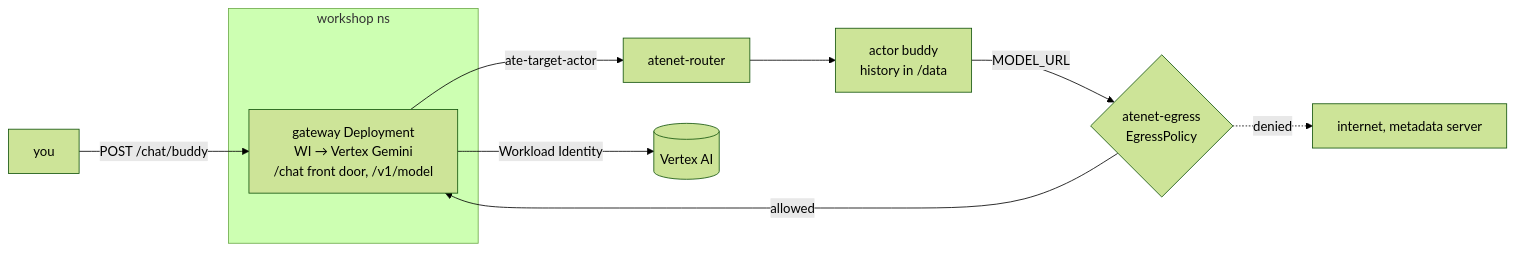
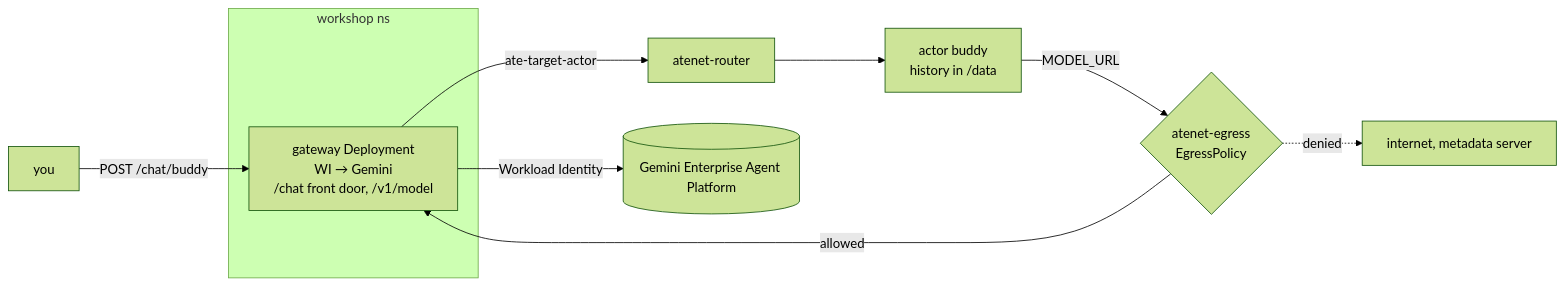
The diagram in modules/04-make-it-an-agent/README.md (GoogleCloudPlatform/agent-substrate-workshop), drawn with Mermaid (forest theme) before and after one commit. The commit also changed other lines of this file and 22 other files, not shown here.

First line of the commit message:
fix(gateway): call Gemini through the Gemini Enterprise Agent Platform

````diff
--- a/modules/04-make-it-an-agent/README.md
+++ b/modules/04-make-it-an-agent/README.md
@@ -6,11 +6,11 @@
 ```mermaid
 flowchart LR
   U[you] -- POST /chat/buddy --> G
   subgraph workshop ns
-    G[gateway Deployment<br/>WI → Vertex Gemini<br/>/chat front door, /v1/model]
+    G[gateway Deployment<br/>WI → Gemini<br/>/chat front door, /v1/model]
   end
   G -- ate-target-actor --> R[atenet-router] --> A[actor buddy<br/>history in /data]
   A -- MODEL_URL --> E{atenet-egress<br/>EgressPolicy} -- allowed --> G
   E -. denied .-> X[internet, metadata server]
-  G -- Workload Identity --> V[(Vertex AI)]
+  G -- Workload Identity --> V[(Gemini Enterprise Agent Platform)]
 ```
````
